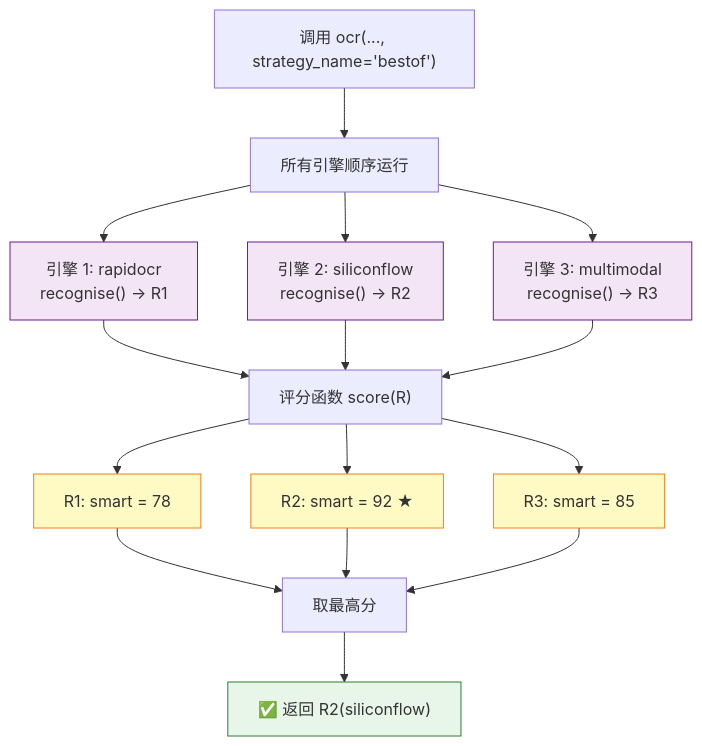
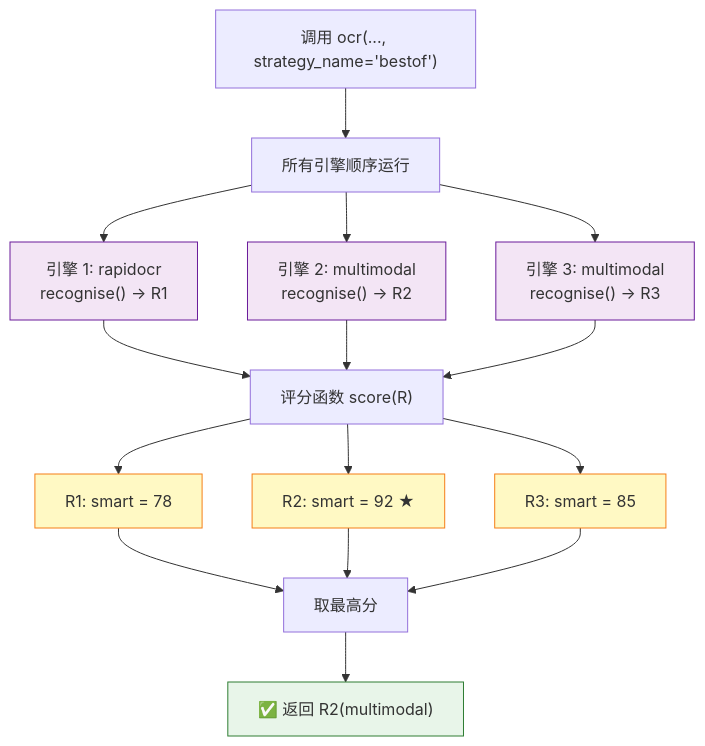
Diagram 13 of 15 in docs/manual.md (yejinlei/jykj-ocr), drawn with Mermaid before and after one commit. The commit also changed other lines of this file and 29 other files, not shown here.

First line of the commit message:
refactor: siliconflow 彻底降级为 multimodal 的平台示例,统一到通用环境变量

````diff
--- a/docs/manual.md
+++ b/docs/manual.md
@@ -1173,31 +1170,31 @@
 ```mermaid
 flowchart TD
     START["调用 ocr(..., strategy_name='bestof')"]
 
     START --> BRANCH["所有引擎顺序运行"]
 
     BRANCH --> E1["引擎 1: rapidocr<br/>recognise() → R1"]
-    BRANCH --> E2["引擎 2: siliconflow<br/>recognise() → R2"]
+    BRANCH --> E2["引擎 2: multimodal<br/>recognise() → R2"]
     BRANCH --> E3["引擎 3: multimodal<br/>recognise() → R3"]
 
     E1 --> SCORE["评分函数 score(R)"]
     E2 --> SCORE
     E3 --> SCORE
 
     SCORE --> S1["R1: smart = 78"]
     SCORE --> S2["R2: smart = 92 ★"]
     SCORE --> S3["R3: smart = 85"]
 
     S1 --> PICK["取最高分"]
     S2 --> PICK
     S3 --> PICK
 
-    PICK --> RETURN["✅ 返回 R2(siliconflow)"]
+    PICK --> RETURN["✅ 返回 R2(multimodal)"]
 
     classDef engine fill:#f3e5f5,stroke:#6a1b9a
     classDef score fill:#fff9c4,stroke:#f57f17
     classDef best fill:#e8f5e9,stroke:#2e7d32
     class E1,E2,E3 engine
     class S1,S2,S3 score
     class RETURN best
 ```
````
